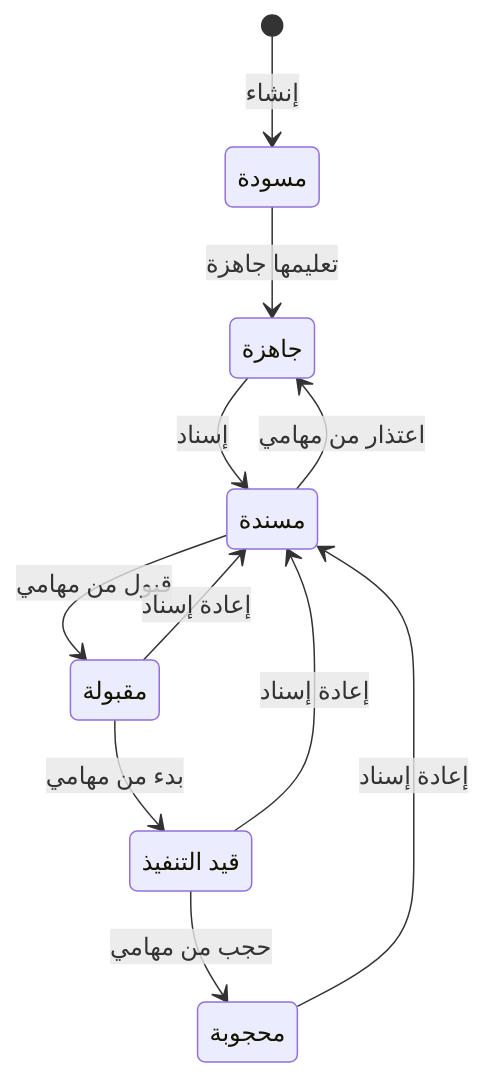
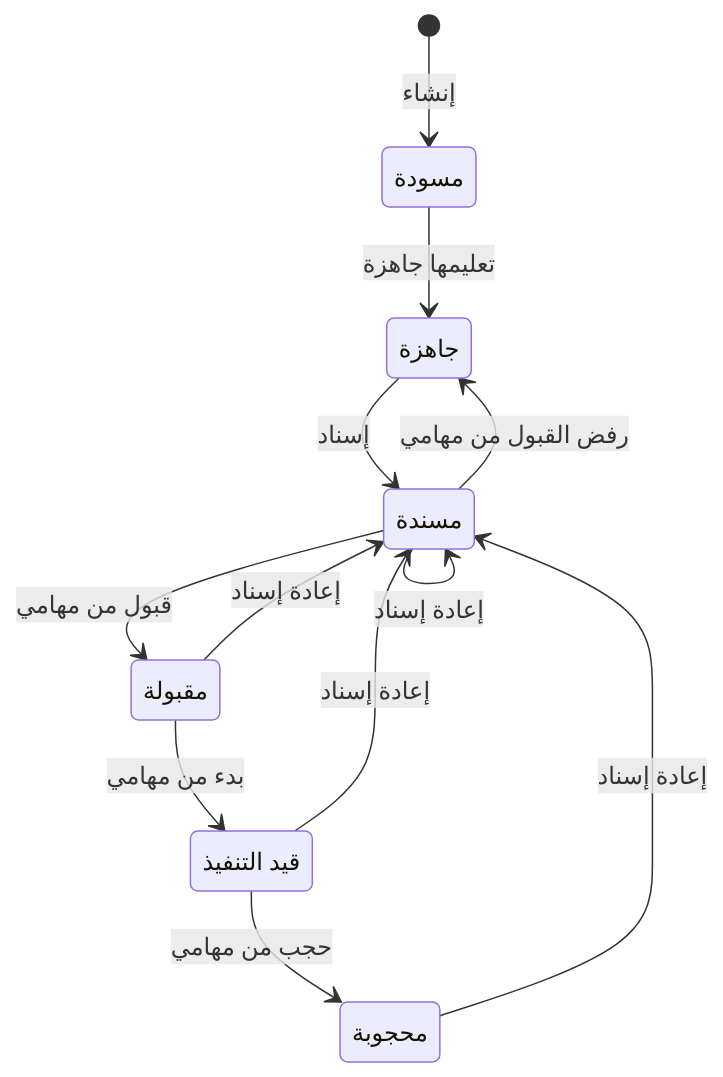
One commit to Ayoubkhattab/Planing changed the second of 2 diagrams in spec/18-analysis-design/05-user-stories/CAP-07-planning-execution/FEAT-OPS-TASK-PLANNING.md. Above: the diagram before and after it, drawn with Mermaid. The commit also changed other lines of this file and 4 other files, not shown here.

````diff
--- a/spec/18-analysis-design/05-user-stories/CAP-07-planning-execution/FEAT-OPS-TASK-PLANNING.md
+++ b/spec/18-analysis-design/05-user-stories/CAP-07-planning-execution/FEAT-OPS-TASK-PLANNING.md
@@ -70,19 +70,20 @@
 ```mermaid
 stateDiagram-v2
   state "مسودة" as DRAFT
   state "جاهزة" as READY
   state "مسندة" as ASSIGNED
   state "مقبولة" as ACCEPTED
   state "قيد التنفيذ" as IN_PROGRESS
   state "محجوبة" as BLOCKED
   [*] --> DRAFT : إنشاء
   DRAFT --> READY : تعليمها جاهزة
   READY --> ASSIGNED : إسناد
   ASSIGNED --> ACCEPTED : قبول من مهامي
-  ASSIGNED --> READY : اعتذار من مهامي
+  ASSIGNED --> READY : رفض القبول من مهامي
   ACCEPTED --> IN_PROGRESS : بدء من مهامي
   IN_PROGRESS --> BLOCKED : حجب من مهامي
+  ASSIGNED --> ASSIGNED : إعادة إسناد
   ACCEPTED --> ASSIGNED : إعادة إسناد
   IN_PROGRESS --> ASSIGNED : إعادة إسناد
   BLOCKED --> ASSIGNED : إعادة إسناد
 ```
````
